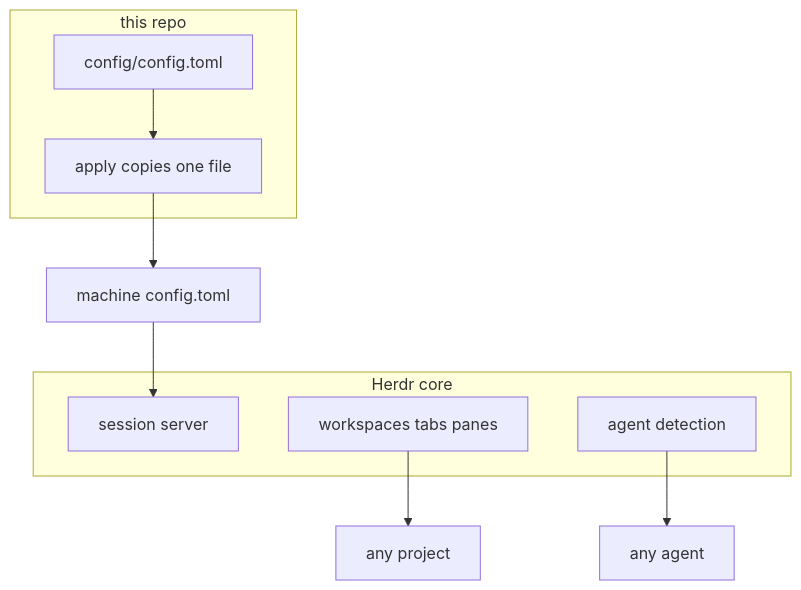
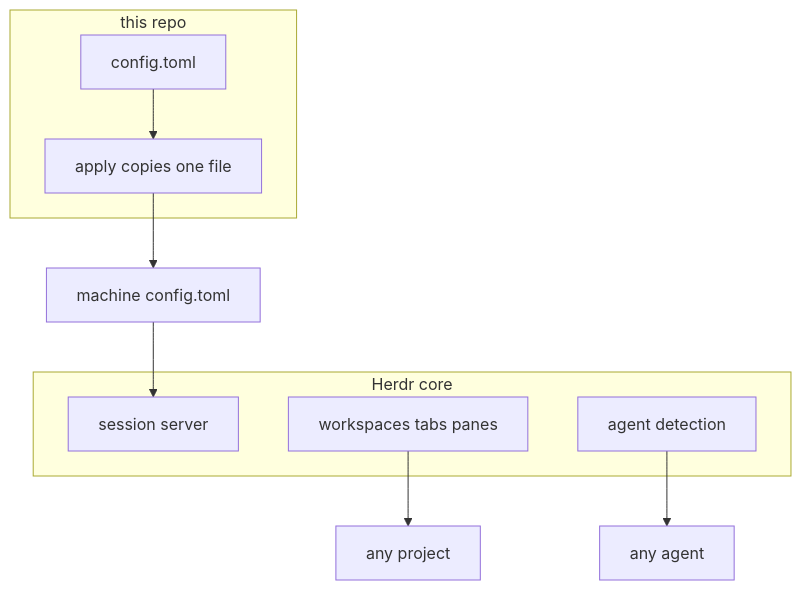
The first of 2 diagrams in README.md (tyler-jewell/herdr), drawn with Mermaid before and after one commit. The commit also changed other lines of this file and 5 other files, not shown here.

````diff
--- a/README.md
+++ b/README.md
@@ -15,16 +15,16 @@
 ```mermaid
 flowchart TB
   subgraph core [Herdr core]
     server[session server]
     panes[workspaces tabs panes]
     agents[agent detection]
   end
   subgraph wrap [this repo]
-    toml[config/config.toml]
+    toml[config.toml]
     apply[apply copies one file]
   end
   toml --> apply --> cfg[machine config.toml]
   cfg --> server
   panes --> project[any project]
   agents --> agent[any agent]
 ```
````
